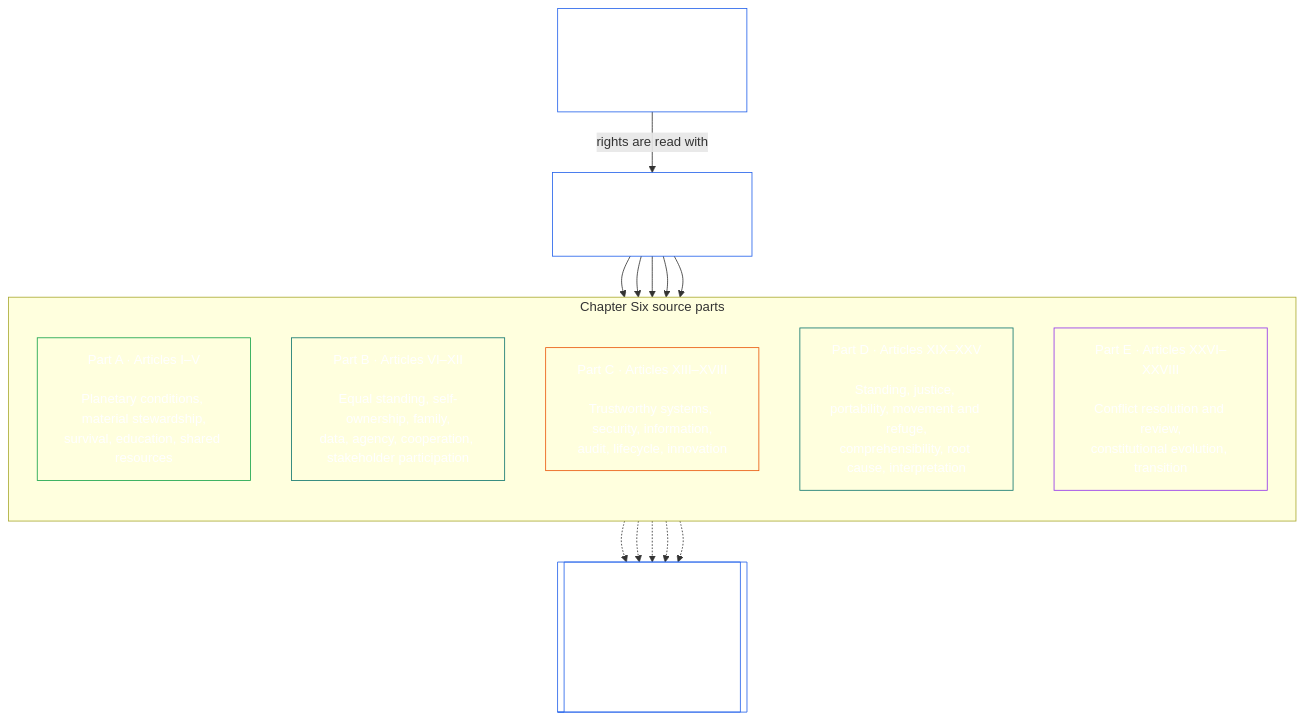
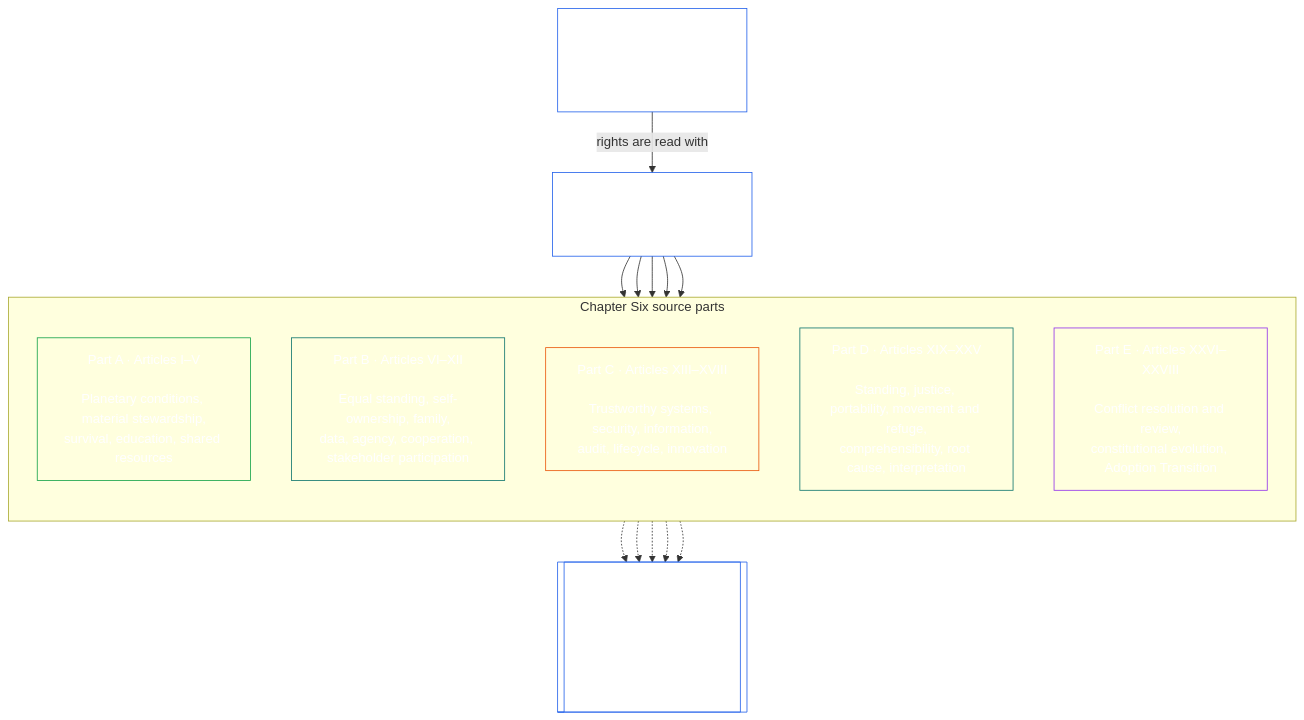
The sixth of 24 diagrams in guides/CONCEPTUAL_OVERVIEW.md (kfoelsch/Sentient_Constitution), drawn with Mermaid before and after one commit. The commit also changed other lines of this file and 111 other files, not shown here.

````diff
--- a/guides/CONCEPTUAL_OVERVIEW.md
+++ b/guides/CONCEPTUAL_OVERVIEW.md
@@ -263,33 +263,33 @@
 ```mermaid
 flowchart TB
     T["Constitutional Tetrad<br/><br/>Two Constitutional Aims<br/>Scaled to material stake"]
     R["Chapter Six<br/><br/>Foundational Rights Floor"]
     subgraph Parts["Chapter Six source parts"]
         direction TB
         A["Part A · Articles I–V<br/><br/>Planetary conditions, material stewardship,<br/>survival, education, shared resources"]
         B["Part B · Articles VI–XII<br/><br/>Equal standing, self-ownership, family,<br/>data, agency, cooperation, stakeholder participation"]
         C["Part C · Articles XIII–XVIII<br/><br/>Trustworthy systems, security, information,<br/>audit, lifecycle, innovation"]
         D["Part D · Articles XIX–XXV<br/><br/>Standing, justice, portability, movement and refuge,<br/>comprehensibility, root cause, interpretation"]
-        E["Part E · Articles XXVI–XXVIII<br/><br/>Conflict resolution and review,<br/>constitutional evolution, transition"]
+        E["Part E · Articles XXVI–XXVIII<br/><br/>Conflict resolution and review,<br/>constitutional evolution, Adoption Transition"]
     end
     P[["Later governance, measurement, certification,<br/>forums, remedy, and implementation<br/><br/>Outside this chapter; must respect the Rights Floor"]]
     T -->|rights are read with| R
     R --> A
     R --> B
     R --> C
     R --> D
     R --> E
     A -.-> P
     B -.-> P
     C -.-> P
     D -.-> P
     E -.-> P
     style T fill:none,stroke:#2563eb,color:#ffffff
     style R fill:none,stroke:#2563eb,color:#ffffff
     style A fill:none,stroke:#16a34a,color:#ffffff
     style B fill:none,stroke:#0f766e,color:#ffffff
     style C fill:none,stroke:#ea580c,color:#ffffff
     style D fill:none,stroke:#0f766e,color:#ffffff
     style E fill:none,stroke:#9333ea,color:#ffffff
     style P fill:none,stroke:#2563eb,color:#ffffff
 ```
````
